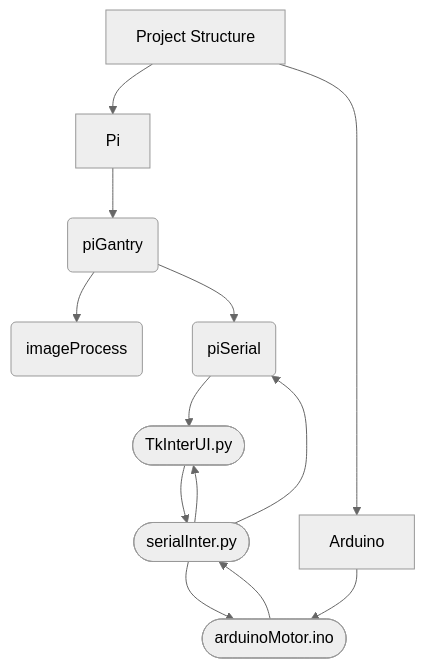
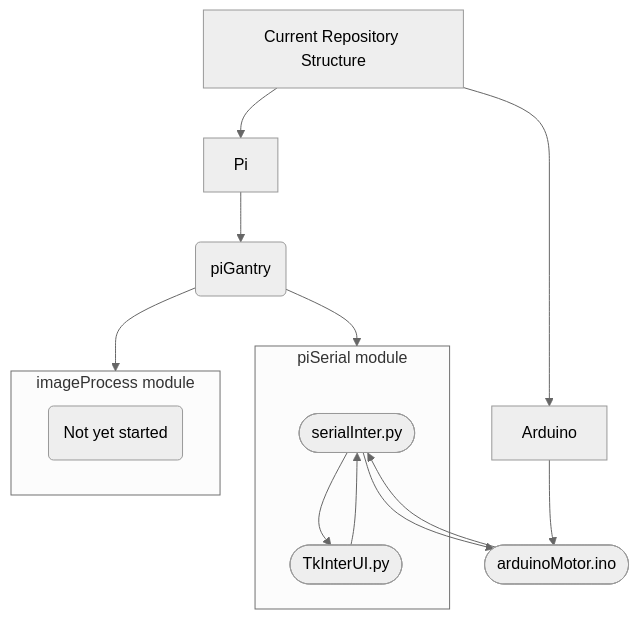
The diagram in mermaidJs/overviewGraph/flow.md.mermaid (CandidDisk/GantryBot), drawn with Mermaid (neutral theme) before and after one commit. The commit also changed other lines of this file and 1 other file, not shown here.

Commit message:
Updated flowchart

```diff
--- a/mermaidJs/overviewGraph/flow.md.mermaid
+++ b/mermaidJs/overviewGraph/flow.md.mermaid
@@ -1,17 +1,20 @@
-graph TD
-  ganrob[Project Structure] --> Pi
+flowchart TD
+  ganrob[Current Repository Structure] --> Pi
   ganrob --> Arduino
 
   Pi --> B(piGantry)
-  B --> C(imageProcess)
-  B --> D(piSerial)
+  B --> imageProcess
+  B --> piSerial
 
+  subgraph piSerial [piSerial module]
+  E([serialInter.py]) --> F
+  F([TkInterUI.py]) --> E
+  end
 
-  E([serialInter.py]) --> D
-  D --> F([TkInterUI.py])
-  F --> E
-  E --> F
+  subgraph imageProcess [imageProcess module]
+  G(Not yet started)
+  end
+
   E --> loco
-
   Arduino --> loco([arduinoMotor.ino])
   loco --> E
```
